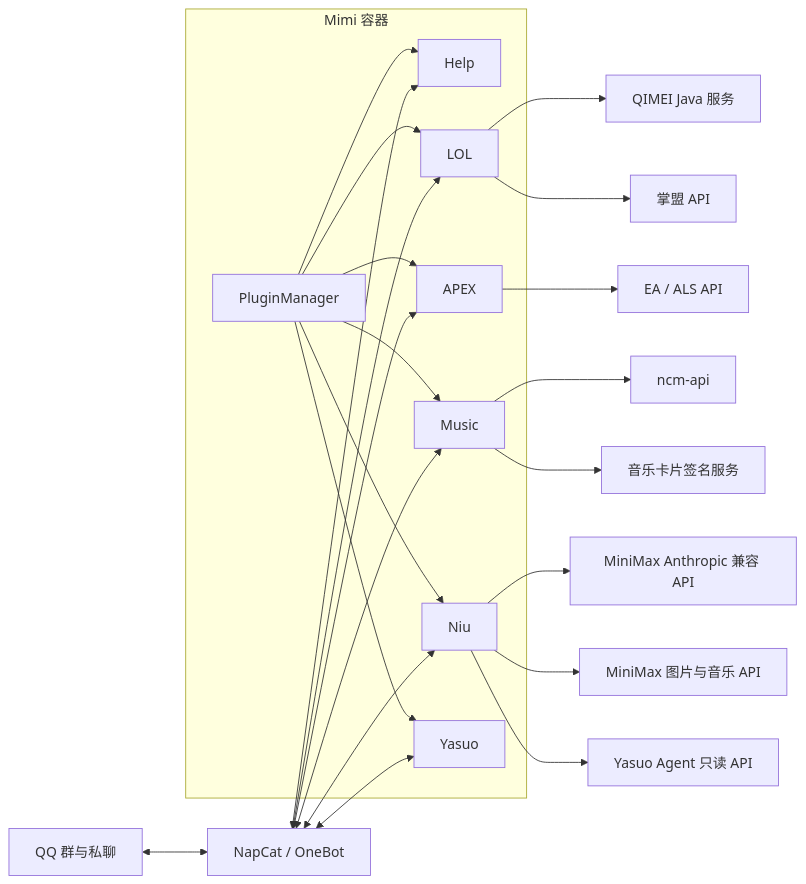
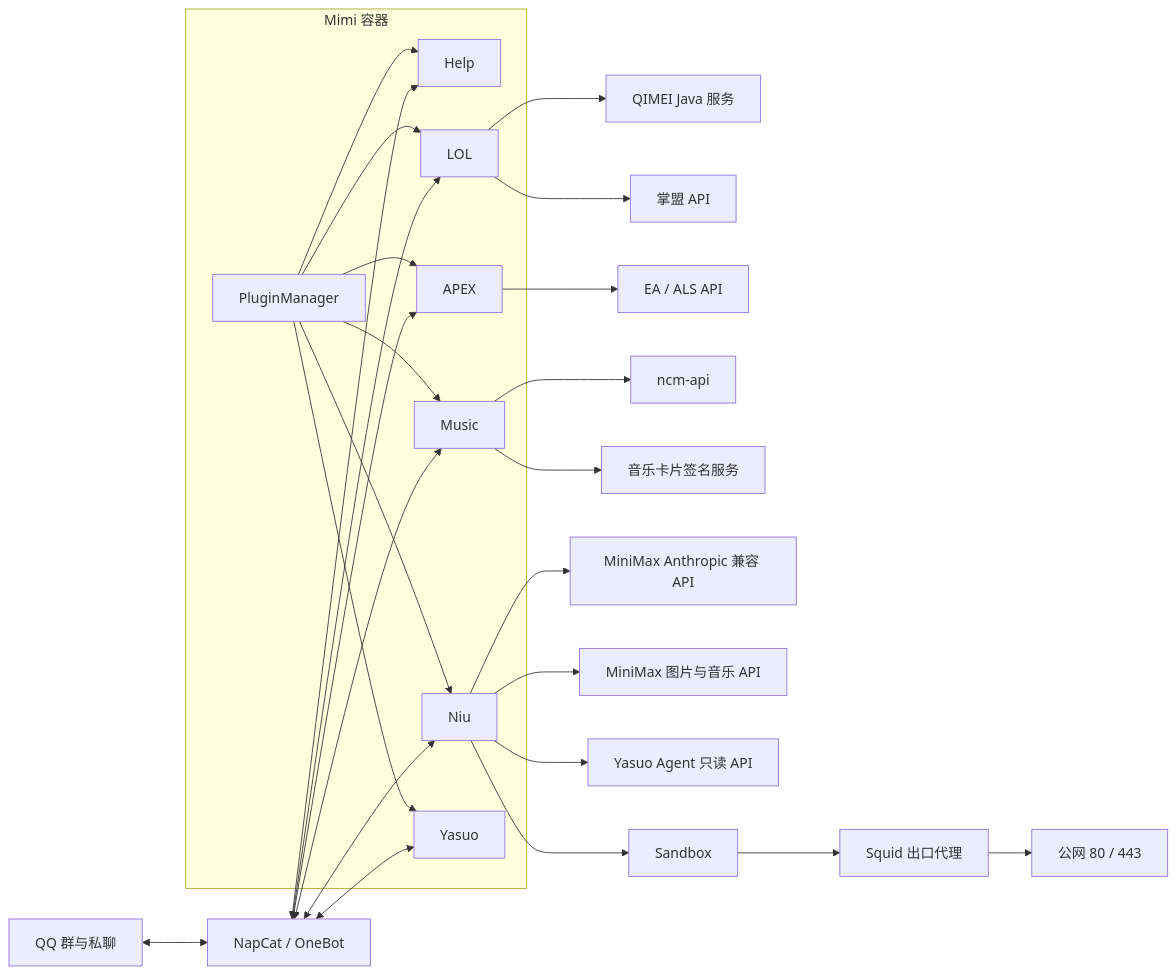
The diagram in ARCHITECTURE.md (leiyi2000/mimi), drawn with Mermaid before and after one commit. The commit also changed other lines of this file and 25 other files, not shown here.

Commit message:
feat(niu): add isolated sandbox execution

````diff
--- a/ARCHITECTURE.md
+++ b/ARCHITECTURE.md
@@ -16,36 +16,39 @@
 ```mermaid
 flowchart LR
     QQ[QQ 群与私聊] <--> NC[NapCat / OneBot]
 
     subgraph M[Mimi 容器]
         PM[PluginManager]
         HELP[Help]
         LOL[LOL]
         APEX[APEX]
         MUSIC[Music]
         NIU[Niu]
         YASUO[Yasuo]
         PM --> HELP
         PM --> LOL
         PM --> APEX
         PM --> MUSIC
         PM --> NIU
         PM --> YASUO
     end
 
     NC <--> HELP
     NC <--> LOL
     NC <--> APEX
     NC <--> MUSIC
     NC <--> NIU
     NC <--> YASUO
 
     LOL --> QIMEI[QIMEI Java 服务]
     LOL --> MLOL[掌盟 API]
     APEX --> EA[EA / ALS API]
     MUSIC --> NCM[ncm-api]
     MUSIC --> SIGN[音乐卡片签名服务]
     NIU --> LLM[MiniMax Anthropic 兼容 API]
     NIU --> MM[MiniMax 图片与音乐 API]
     NIU --> YAPI[Yasuo Agent 只读 API]
+    NIU --> SANDBOX[Sandbox]
+    SANDBOX --> PROXY[Squid 出口代理]
+    PROXY --> WEB[公网 80 / 443]
 ```
````
